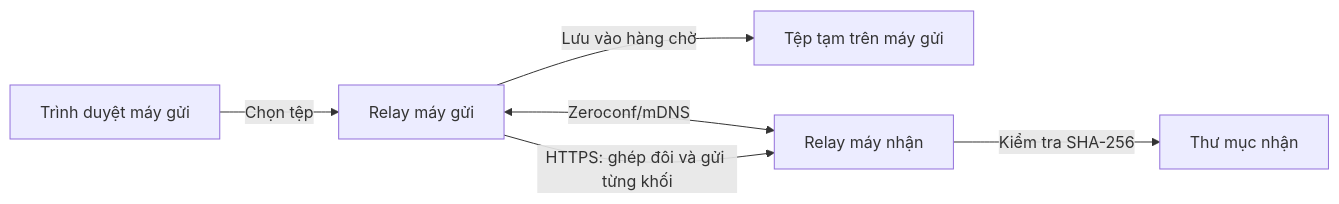
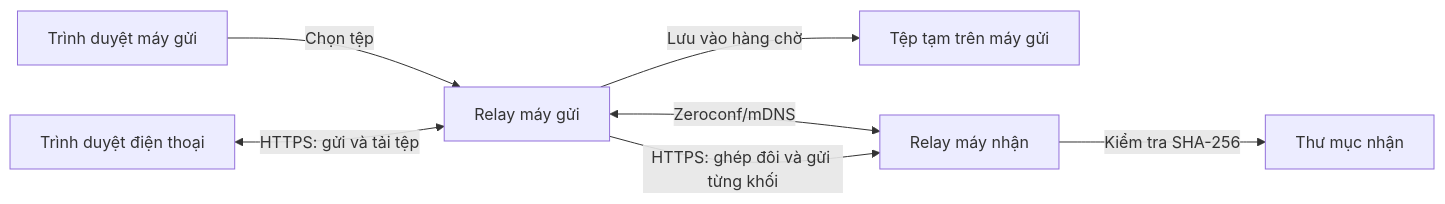
Before and after one commit to doletrandat/filetransfer6969: the diagram in README.md, drawn with Mermaid. The commit also changed other lines of this file and 13 other files, not shown here.

````diff
--- a/README.md
+++ b/README.md
@@ -70,8 +82,9 @@
 ```mermaid
 flowchart LR
     A[Trình duyệt máy gửi] -->|Chọn tệp| B[Relay máy gửi]
     B -->|Lưu vào hàng chờ| C[Tệp tạm trên máy gửi]
     B <-->|Zeroconf/mDNS| D[Relay máy nhận]
     B -->|HTTPS: ghép đôi và gửi từng khối| D
     D -->|Kiểm tra SHA-256| E[Thư mục nhận]
+    F[Trình duyệt điện thoại] <-->|HTTPS: gửi và tải tệp| B
 ```
````
